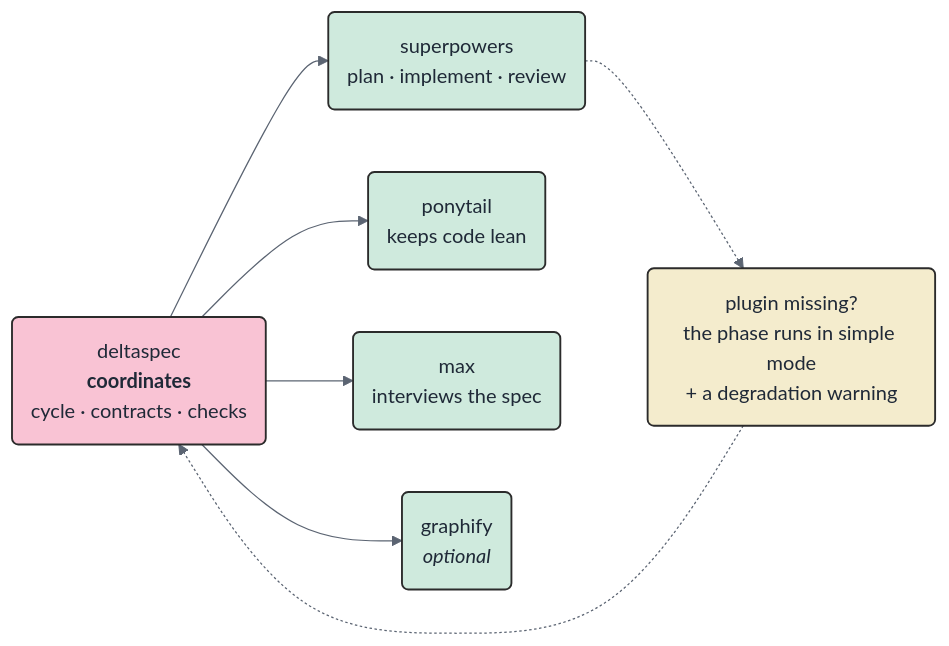
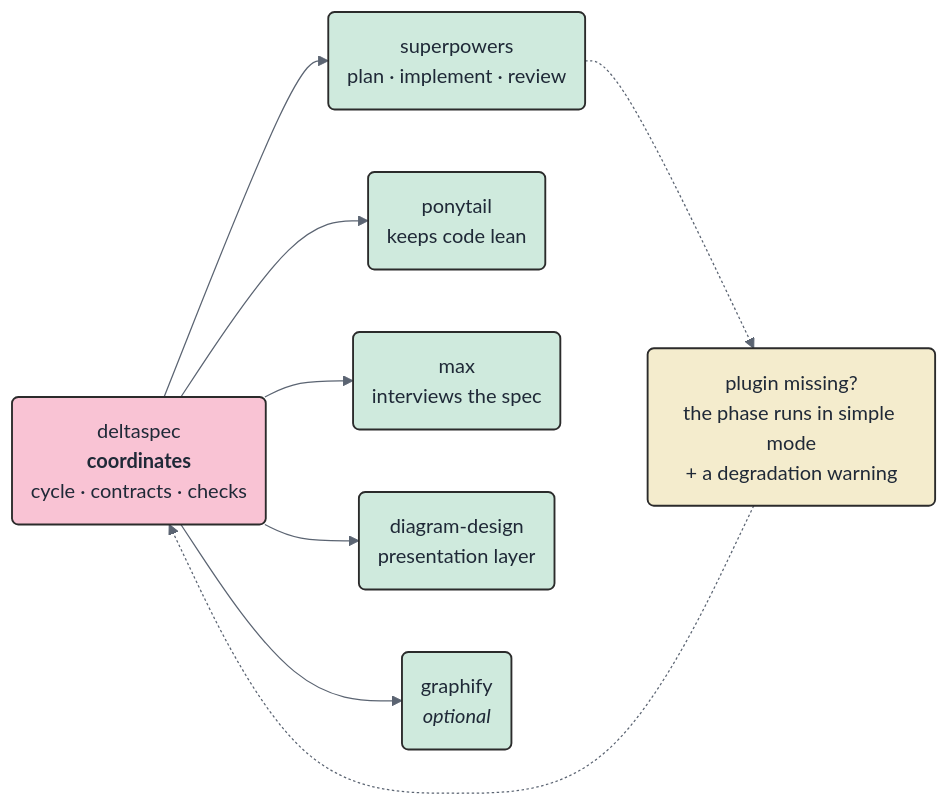
The second of 6 diagrams in README.en.md (iuripereira/deltaspec), drawn with Mermaid before and after one commit. The commit also changed other lines of this file and 4 other files, not shown here.

First line of the commit message:
fix(instala-motores): diagram-design entra no caminho de instalação — DT-019 quitado (#133)

````diff
--- a/README.en.md
+++ b/README.en.md
@@ -92,24 +92,26 @@
 ```mermaid
 %%{init: {'theme':'base','themeVariables':{'lineColor':'#5b6472','primaryTextColor':'#1f2937','primaryBorderColor':'#2b2b2b','edgeLabelBackground':'#ffffff'}}}%%
 flowchart LR
     c("deltaspec<br><b>coordinates</b><br>cycle · contracts · checks")
     sp("superpowers<br>plan · implement · review")
     po("ponytail<br>keeps code lean")
     mx("max<br>interviews the spec")
+    dd("diagram-design<br>presentation layer")
     gf("graphify<br><i>optional</i>")
     fb("plugin missing?<br>the phase runs in simple mode<br>+ a degradation warning")
 
     c --> sp
     c --> po
     c --> mx
+    c --> dd
     c --> gf
     sp -.-> fb
     fb -.-> c
 
     classDef core fill:#f9c3d4,stroke:#2b2b2b,stroke-width:1.5px,color:#1f2937
     classDef motor fill:#cfeadd,stroke:#2b2b2b,stroke-width:1.5px,color:#1f2937
     classDef aviso fill:#f4eccd,stroke:#2b2b2b,stroke-width:1.5px,color:#1f2937
     class c core
-    class sp,po,mx,gf motor
+    class sp,po,mx,dd,gf motor
     class fb aviso
 ```
````
